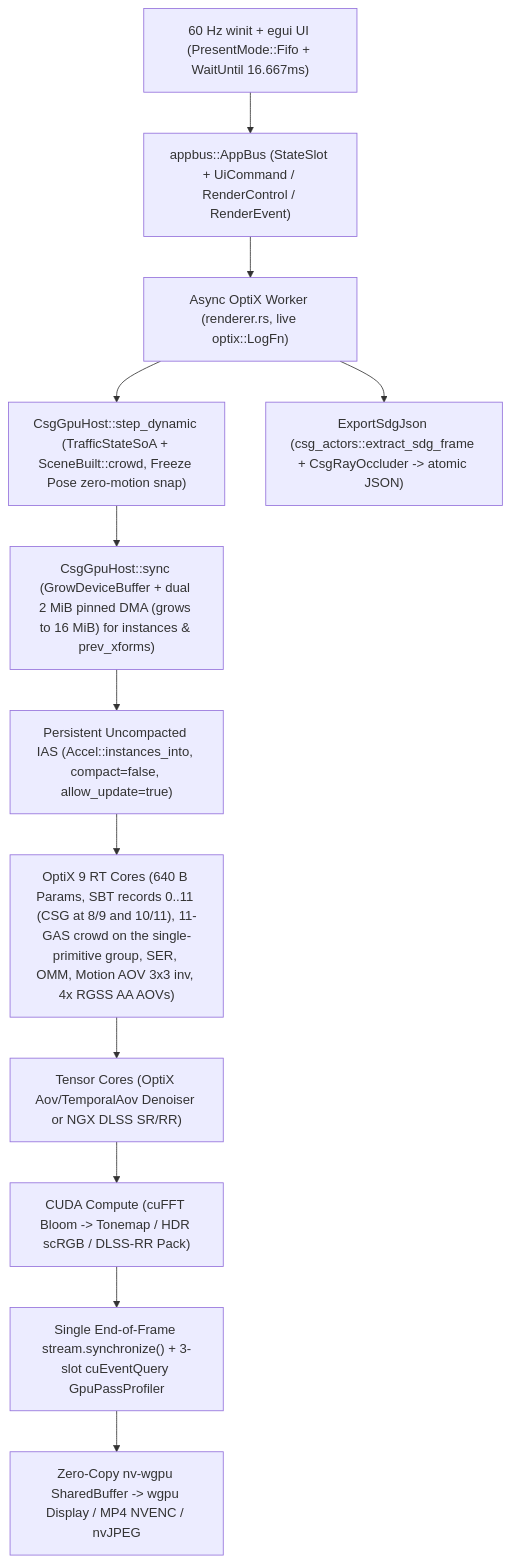
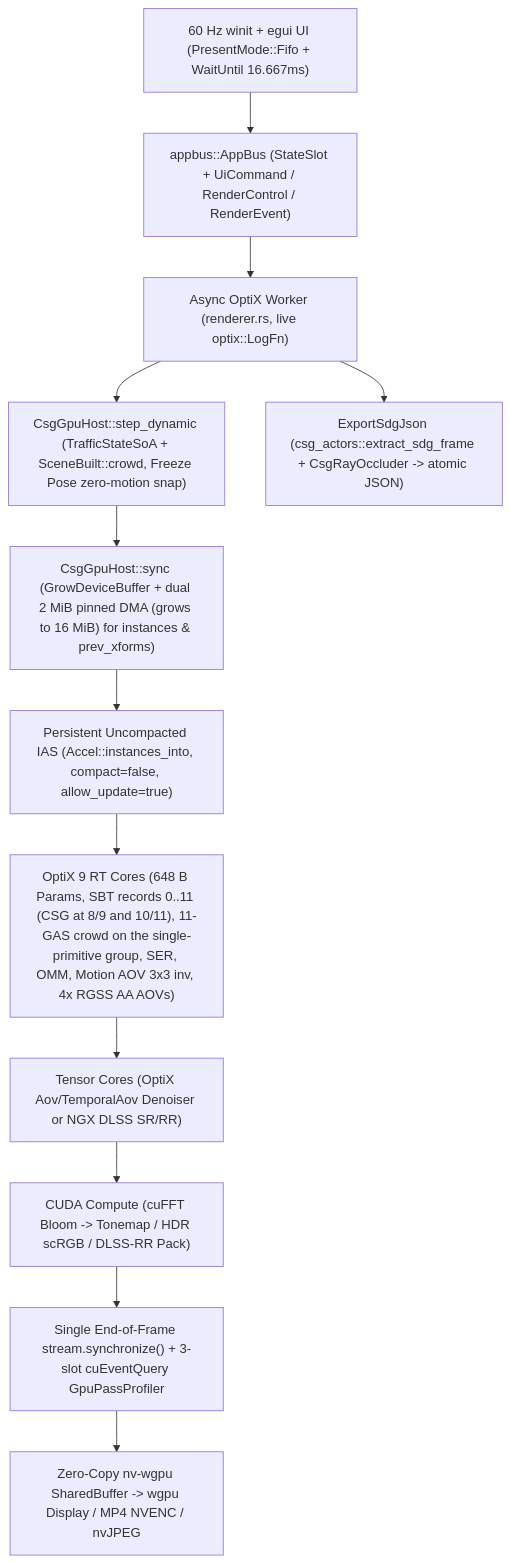
One commit to ssoj13/nv-rs changed the fourth of 8 diagrams in DIAGRAMS.md. Above: the diagram before and after it, drawn with Mermaid. The commit also changed 19 other files, not shown here.

First line of the commit message:
fix(nv-demo): follow-up wave - classic motion (ABI 648 B), SDG fractal params, env crossfade slots, anim_range sliders, async launch upload, dock persistence; optix staging growth; nv-wgpu submit timeout

````diff
--- a/DIAGRAMS.md
+++ b/DIAGRAMS.md
@@ -75,14 +75,14 @@
 ```mermaid
 flowchart TD
   UI["60 Hz winit + egui UI (PresentMode::Fifo + WaitUntil 16.667ms)"] --> Bus["appbus::AppBus (StateSlot + UiCommand / RenderControl / RenderEvent)"]
   Bus --> Worker["Async OptiX Worker (renderer.rs, live optix::LogFn)"]
   Worker --> Step["CsgGpuHost::step_dynamic (TrafficStateSoA + SceneBuilt::crowd, Freeze Pose zero-motion snap)"]
   Step --> Sync["CsgGpuHost::sync (GrowDeviceBuffer + dual 2 MiB pinned DMA (grows to 16 MiB) for instances & prev_xforms)"]
   Sync --> IAS["Persistent Uncompacted IAS (Accel::instances_into, compact=false, allow_update=true)"]
-  IAS --> RT["OptiX 9 RT Cores (640 B Params, SBT records 0..11 (CSG at 8/9 and 10/11), 11-GAS crowd on the single-primitive group, SER, OMM, Motion AOV 3x3 inv, 4x RGSS AA AOVs)"]
+  IAS --> RT["OptiX 9 RT Cores (648 B Params, SBT records 0..11 (CSG at 8/9 and 10/11), 11-GAS crowd on the single-primitive group, SER, OMM, Motion AOV 3x3 inv, 4x RGSS AA AOVs)"]
   RT --> Tensor["Tensor Cores (OptiX Aov/TemporalAov Denoiser or NGX DLSS SR/RR)"]
   Tensor --> Post["CUDA Compute (cuFFT Bloom -> Tonemap / HDR scRGB / DLSS-RR Pack)"]
   Post --> Fence["Single End-of-Frame stream.synchronize() + 3-slot cuEventQuery GpuPassProfiler"]
   Fence --> Present["Zero-Copy nv-wgpu SharedBuffer -> wgpu Display / MP4 NVENC / nvJPEG"]
   Worker --> SDG["ExportSdgJson (csg_actors::extract_sdg_frame + CsgRayOccluder -> atomic JSON)"]
 ```
````
